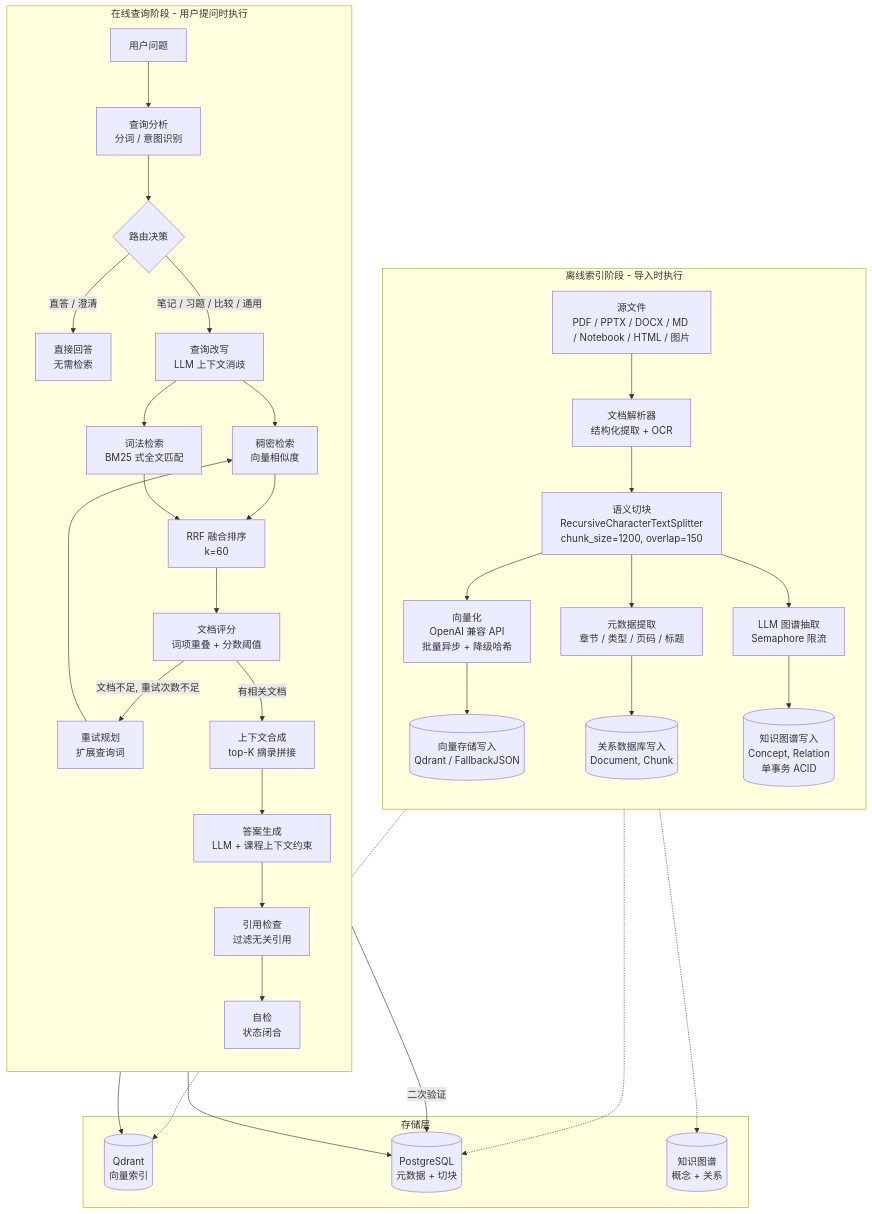
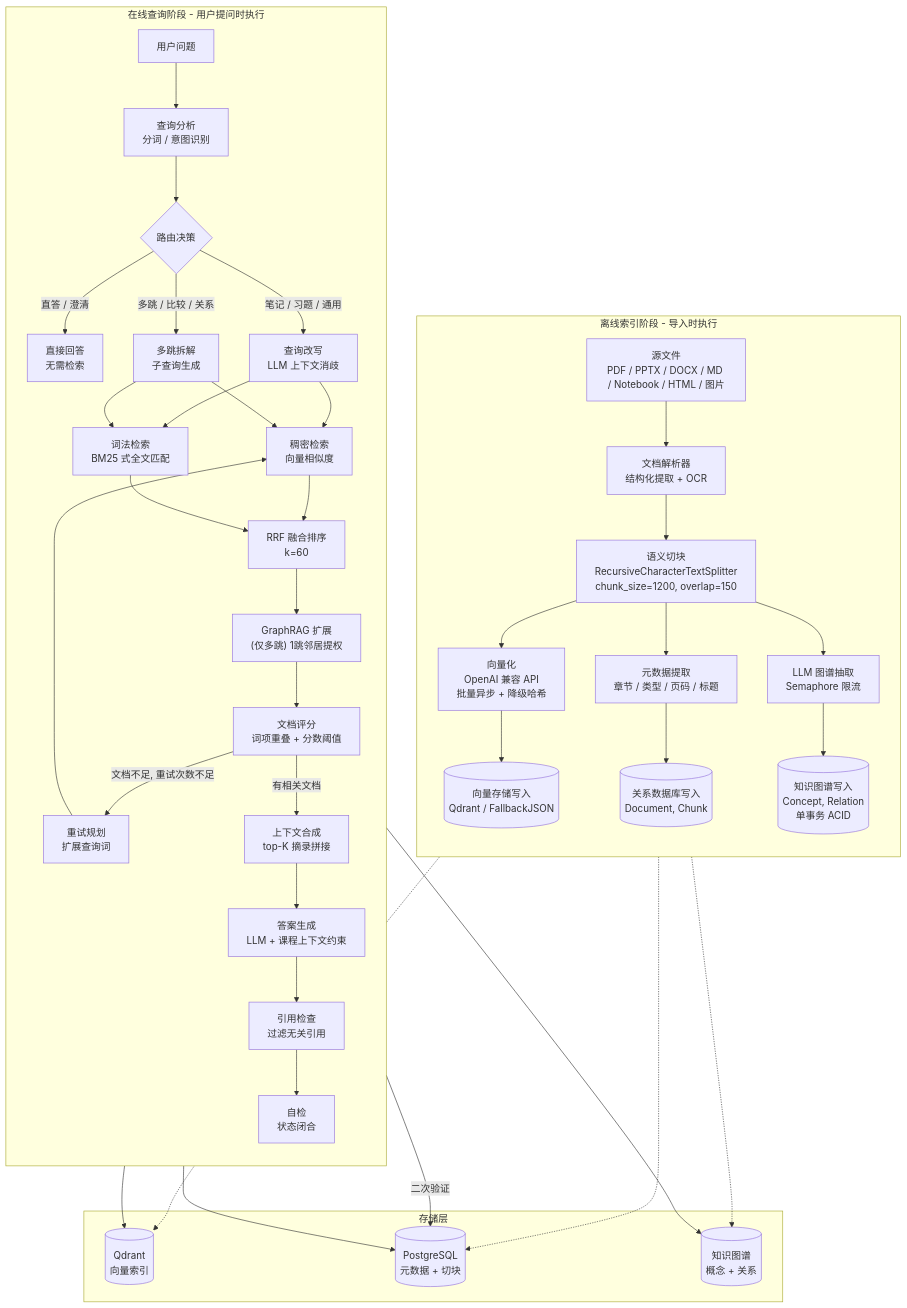
The fourth of 6 diagrams in README.md (Sggggt/DialoGraph), drawn with Mermaid before and after one commit. The commit also changed other lines of this file and 32 other files, not shown here.

Commit message:
feat: 恢复了某些事务的ACID特性，增加GraphRAG架构，支持图增强检索

````diff
--- a/README.md
+++ b/README.md
@@ -366,47 +382,52 @@
 ```mermaid
 flowchart TB
     subgraph IDX["离线索引阶段 - 导入时执行"]
         direction TB
         SRC["源文件<br/>PDF / PPTX / DOCX / MD / Notebook / HTML / 图片"]
         SRC --> PARSE["文档解析器<br/>结构化提取 + OCR"]
         PARSE --> CHUNK["语义切块<br/>RecursiveCharacterTextSplitter<br/>chunk_size=1200, overlap=150"]
         CHUNK --> EMB["向量化<br/>OpenAI 兼容 API<br/>批量异步 + 降级哈希"]
         CHUNK --> META["元数据提取<br/>章节 / 类型 / 页码 / 标题"]
         EMB --> VEC_W[("向量存储写入<br/>Qdrant / FallbackJSON")]
         META --> DB_W[("关系数据库写入<br/>Document, Chunk")]
         CHUNK --> LLM_G["LLM 图谱抽取<br/>Semaphore 限流"]
         LLM_G --> GRAPH_W[("知识图谱写入<br/>Concept, Relation<br/>单事务 ACID")]
     end
 
     subgraph QRY["在线查询阶段 - 用户提问时执行"]
         direction TB
         Q["用户问题"] --> QA["查询分析<br/>分词 / 意图识别"]
         QA --> ROUTE{"路由决策"}
         ROUTE -->|直答 / 澄清| DIRECT["直接回答<br/>无需检索"]
-        ROUTE -->|笔记 / 习题 / 比较 / 通用| REWRITE["查询改写<br/>LLM 上下文消歧"]
+        ROUTE -->|笔记 / 习题 / 通用| REWRITE["查询改写<br/>LLM 上下文消歧"]
+        ROUTE -->|多跳 / 比较 / 关系| MULTI_HOP["多跳拆解<br/>子查询生成"]
         REWRITE --> DENSE["稠密检索<br/>向量相似度"]
         REWRITE --> LEX["词法检索<br/>BM25 式全文匹配"]
+        MULTI_HOP --> DENSE
+        MULTI_HOP --> LEX
         DENSE --> RRF["RRF 融合排序<br/>k=60"]
         LEX --> RRF
-        RRF --> GRADE["文档评分<br/>词项重叠 + 分数阈值"]
+        RRF --> GRAPH_EXT["GraphRAG 扩展<br/>(仅多跳) 1跳邻居提权"]
+        GRAPH_EXT --> GRADE["文档评分<br/>词项重叠 + 分数阈值"]
         GRADE -->|文档不足, 重试次数不足| RETRY["重试规划<br/>扩展查询词"]
         RETRY --> DENSE
         GRADE -->|有相关文档| CTX["上下文合成<br/>top-K 摘录拼接"]
         CTX --> GEN["答案生成<br/>LLM + 课程上下文约束"]
         GEN --> CITE["引用检查<br/>过滤无关引用"]
         CITE --> SELF["自检<br/>状态闭合"]
     end
 
     subgraph STR["存储层"]
         VEC[("Qdrant<br/>向量索引")]
         DB[("PostgreSQL<br/>元数据 + 切块")]
         KG[("知识图谱<br/>概念 + 关系")]
     end
 
     VEC_W -.-> VEC
     DB_W -.-> DB
     GRAPH_W -.-> KG
     DENSE --> VEC
     LEX --> DB
+    GRAPH_EXT --> KG
     GRADE -->|二次验证| DB
 ```
````
